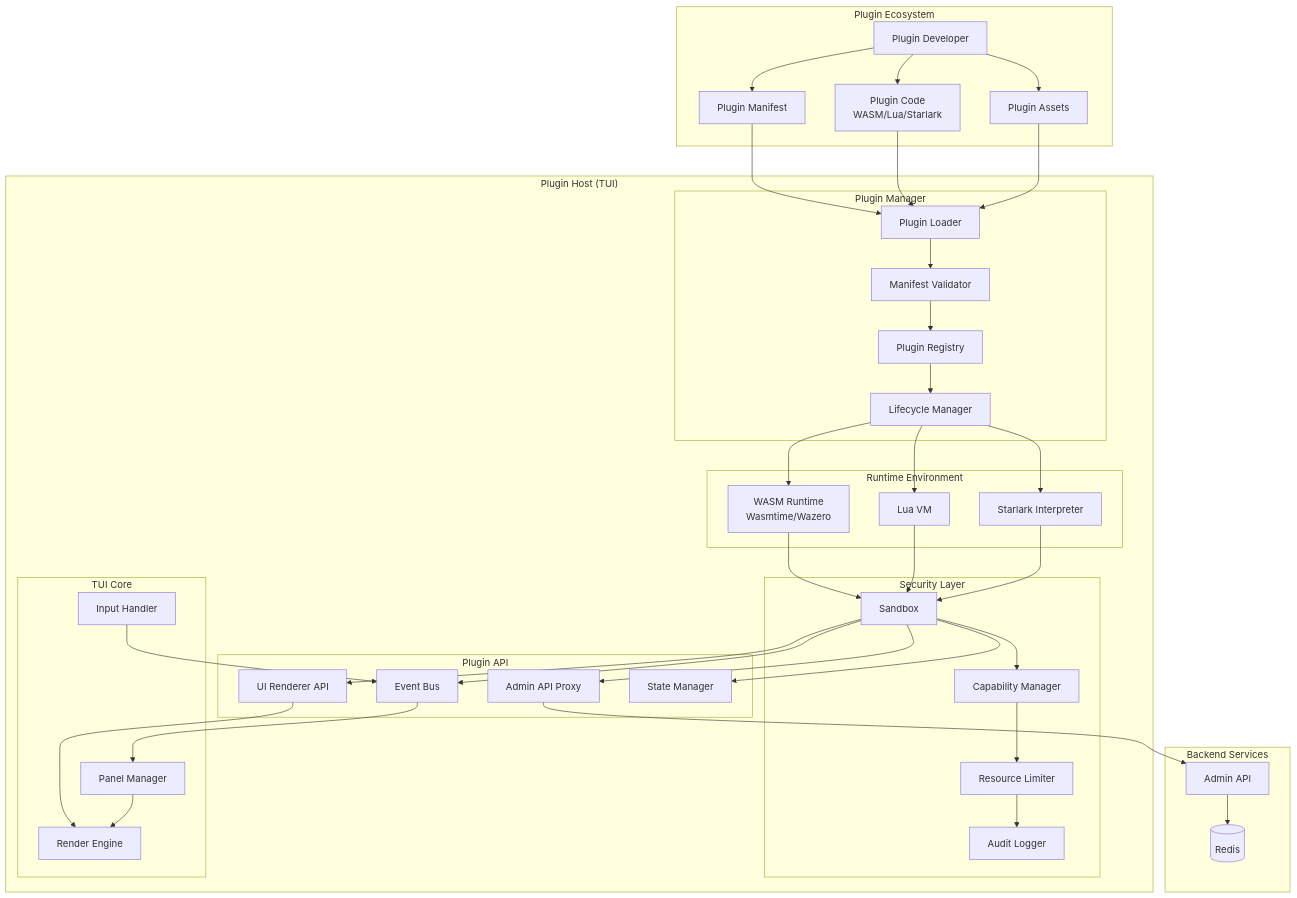
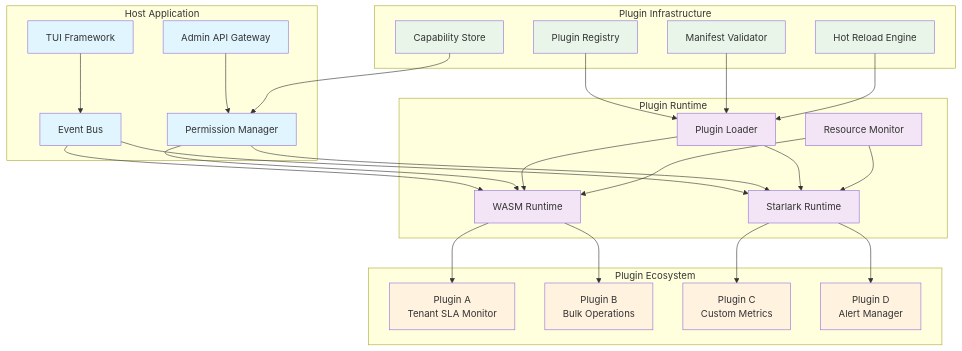
Before and after one commit to flyingrobots/go-redis-work-queue: the first of 2 diagrams in docs/design/f005-design.md, drawn with Mermaid. The commit also changed other lines of this file and 33 other files, not shown here.

````diff
--- a/docs/design/f005-design.md
+++ b/docs/design/f005-design.md
@@ -13,86 +28,66 @@
 ```mermaid
-flowchart TB
-    subgraph "Plugin Ecosystem"
-        PD[Plugin Developer]
-        PM[Plugin Manifest]
-        PC[Plugin Code<br/>WASM/Lua/Starlark]
-        PA[Plugin Assets]
+graph TB
+    subgraph "Host Application"
+        A[TUI Framework]
+        B[Event Bus]
+        C[Admin API Gateway]
+        D[Permission Manager]
     end
 
-    subgraph "Plugin Host (TUI)"
-        subgraph "Plugin Manager"
-            LOADER[Plugin Loader]
-            VALIDATOR[Manifest Validator]
-            REGISTRY[Plugin Registry]
-            LIFECYCLE[Lifecycle Manager]
-        end
-
-        subgraph "Runtime Environment"
-            WASM[WASM Runtime<br/>Wasmtime/Wazero]
-            LUA[Lua VM]
-            STAR[Starlark Interpreter]
-        end
-
-        subgraph "Security Layer"
-            SANDBOX[Sandbox]
-            CAPS[Capability Manager]
-            LIMITS[Resource Limiter]
-            AUDIT[Audit Logger]
-        end
-
-        subgraph "Plugin API"
-            EVENTS[Event Bus]
-            ADMIN[Admin API Proxy]
-            UI[UI Renderer API]
-            STATE[State Manager]
-        end
-
-        subgraph "TUI Core"
-            PANELS[Panel Manager]
-            RENDER[Render Engine]
-            INPUT[Input Handler]
-        end
+    subgraph "Plugin Runtime"
+        E[WASM Runtime]
+        F[Starlark Runtime]
+        G[Plugin Loader]
+        H[Resource Monitor]
     end
 
-    subgraph "Backend Services"
-        ADMINAPI[Admin API]
-        REDIS[(Redis)]
+    subgraph "Plugin Ecosystem"
+        I[Plugin A<br/>Tenant SLA Monitor]
+        J[Plugin B<br/>Bulk Operations]
+        K[Plugin C<br/>Custom Metrics]
+        L[Plugin D<br/>Alert Manager]
     end
 
-    PD --> PM
-    PD --> PC
-    PD --> PA
+    subgraph "Plugin Infrastructure"
+        M[Plugin Registry]
+        N[Manifest Validator]
+        O[Capability Store]
+        P[Hot Reload Engine]
+    end
 
-    PM --> LOADER
-    PC --> LOADER
-    PA --> LOADER
+    A --> B
+    B --> E
+    B --> F
+    C --> D
+    D --> E
+    D --> F
+    G --> E
+    G --> F
+    H --> E
+    H --> F
+    E --> I
+    E --> J
+    F --> K
+    F --> L
+    M --> G
+    N --> G
+    O --> D
+    P --> G
 
-    LOADER --> VALIDATOR
-    VALIDATOR --> REGISTRY
-    REGISTRY --> LIFECYCLE
-
-    LIFECYCLE --> WASM
-    LIFECYCLE --> LUA
-    LIFECYCLE --> STAR
-
-    WASM --> SANDBOX
-    LUA --> SANDBOX
-    STAR --> SANDBOX
-
-    SANDBOX --> CAPS
-    CAPS --> LIMITS
-    LIMITS --> AUDIT
-
-    SANDBOX --> EVENTS
-    SANDBOX --> ADMIN
-    SANDBOX --> UI
-    SANDBOX --> STATE
-
-    EVENTS --> PANELS
-    UI --> RENDER
-    ADMIN --> ADMINAPI
-    ADMINAPI --> REDIS
-
-    PANELS --> RENDER
-    INPUT --> EVENTS
+    style A fill:#e1f5fe
+    style B fill:#e1f5fe
+    style C fill:#e1f5fe
+    style D fill:#e1f5fe
+    style E fill:#f3e5f5
+    style F fill:#f3e5f5
+    style G fill:#f3e5f5
+    style H fill:#f3e5f5
+    style I fill:#fff3e0
+    style J fill:#fff3e0
+    style K fill:#fff3e0
+    style L fill:#fff3e0
+    style M fill:#e8f5e8
+    style N fill:#e8f5e8
+    style O fill:#e8f5e8
+    style P fill:#e8f5e8
 ```
````
